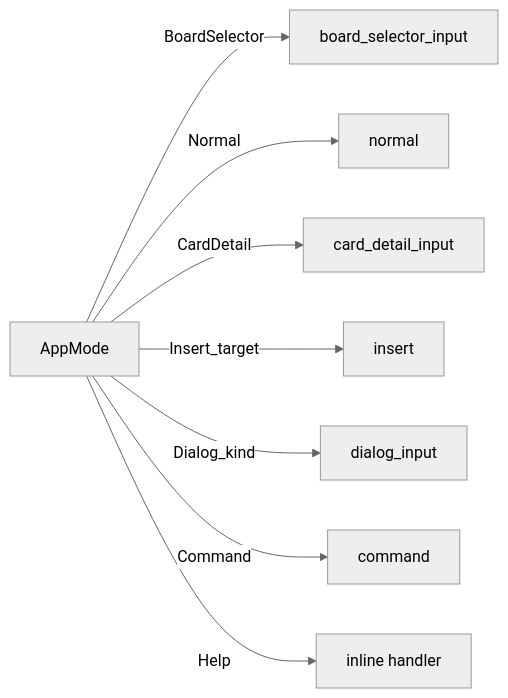
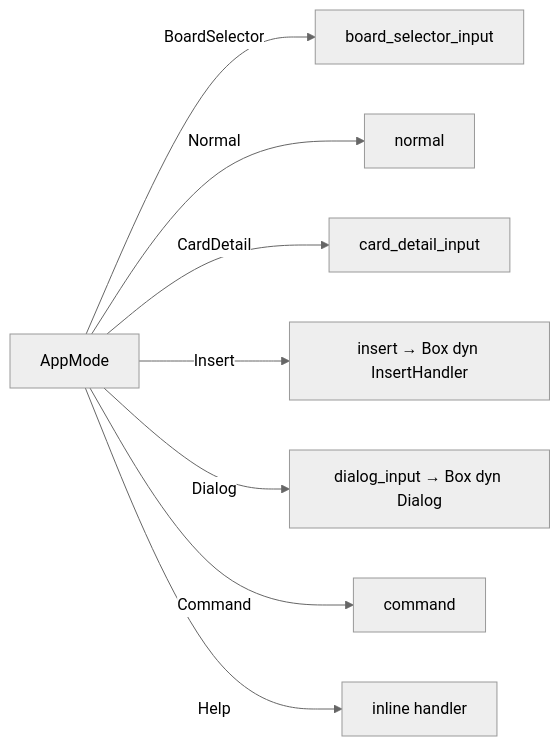
One commit to waschmittel/tct changed the ninth of 11 diagrams in docs/arc42.md. Above: the diagram before and after it, drawn with Mermaid (neutral theme). The commit also changed other lines of this file and 6 other files, not shown here.

First line of the commit message:
docs: align with current architecture and trim for concision

````diff
--- a/docs/arc42.md
+++ b/docs/arc42.md
@@ -494,10 +516,10 @@
 ```mermaid
 graph LR
     AppMode -->|BoardSelector| BSI[board_selector_input]
     AppMode -->|Normal| NI[normal]
     AppMode -->|CardDetail| CDI[card_detail_input]
-    AppMode -->|Insert_target| II[insert]
-    AppMode -->|Dialog_kind| DI[dialog_input]
+    AppMode -->|Insert| II[insert → Box dyn InsertHandler]
+    AppMode -->|Dialog| DI[dialog_input → Box dyn Dialog]
     AppMode -->|Command| CI[command]
     AppMode -->|Help| HI[inline handler]
 ```
````
